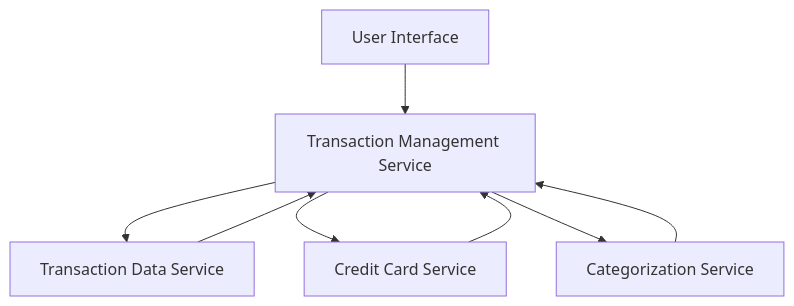
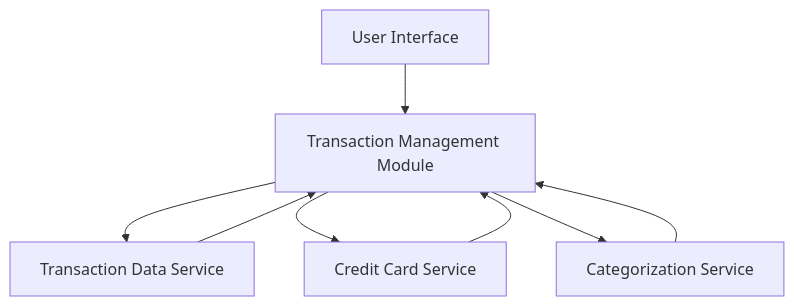
Before and after one commit to AAVA-Demo/APB_Demo: the diagram in HLD/QE-8604_HLD.md, drawn with Mermaid. The commit also changed other lines of this file and 5 other files, not shown here.

````diff
--- a/HLD/QE-8604_HLD.md
+++ b/HLD/QE-8604_HLD.md
@@ -7,15 +7,15 @@
 ```mermaid
 flowchart TD
     A["User Interface"]
-    B["Transaction Management Service"]
+    B["Transaction Management Module"]
     C["Transaction Data Service"]
     D["Credit Card Service"]
     E["Categorization Service"]
     A --> B
     B --> C
     B --> D
     B --> E
     C --> B
     D --> B
     E --> B
 ```
````
